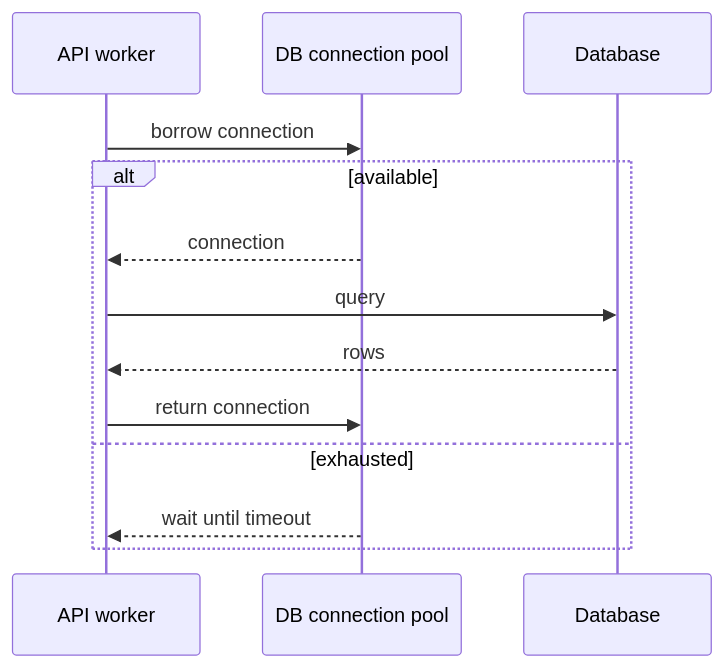
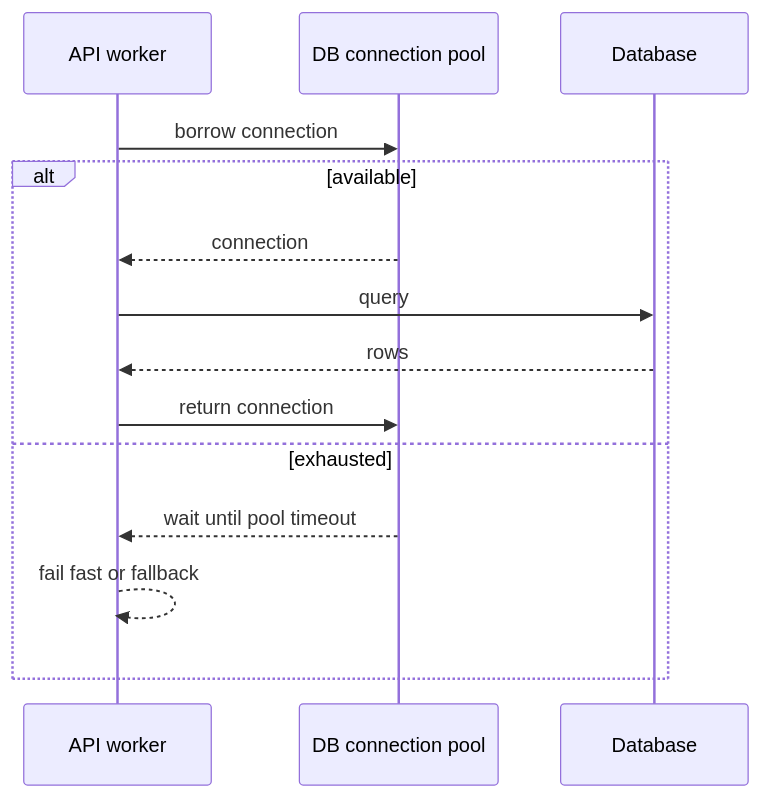
One commit to AmazingCaddy/readings-backend changed the first of 4 diagrams in docs/fundamentals/connection-pool.md. Above: the diagram before and after it, drawn with Mermaid. The commit also changed other lines of this file, not shown here.

Commit message:
docs: expand connection pool guide

````diff
--- a/docs/fundamentals/connection-pool.md
+++ b/docs/fundamentals/connection-pool.md
@@ -9,16 +47,17 @@
 ```mermaid
 sequenceDiagram
     participant API as API worker
     participant Pool as DB connection pool
     participant DB as Database
 
     API->>Pool: borrow connection
     alt available
         Pool-->>API: connection
         API->>DB: query
         DB-->>API: rows
         API->>Pool: return connection
     else exhausted
-        Pool-->>API: wait until timeout
+        Pool-->>API: wait until pool timeout
+        API-->>API: fail fast or fallback
     end
 ```
````
